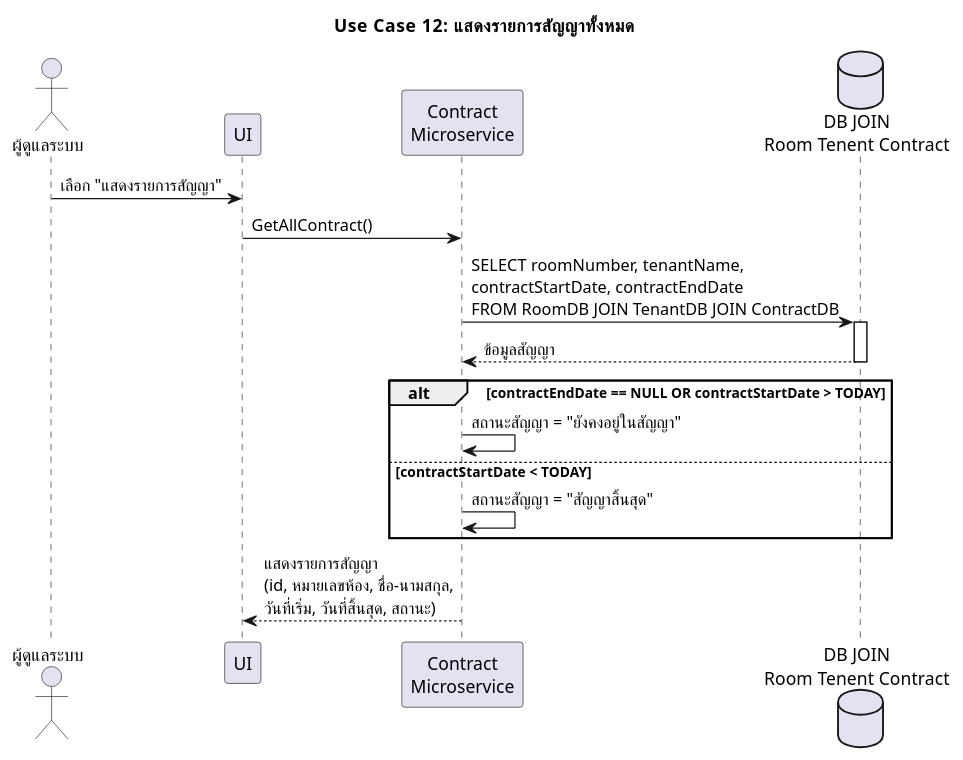
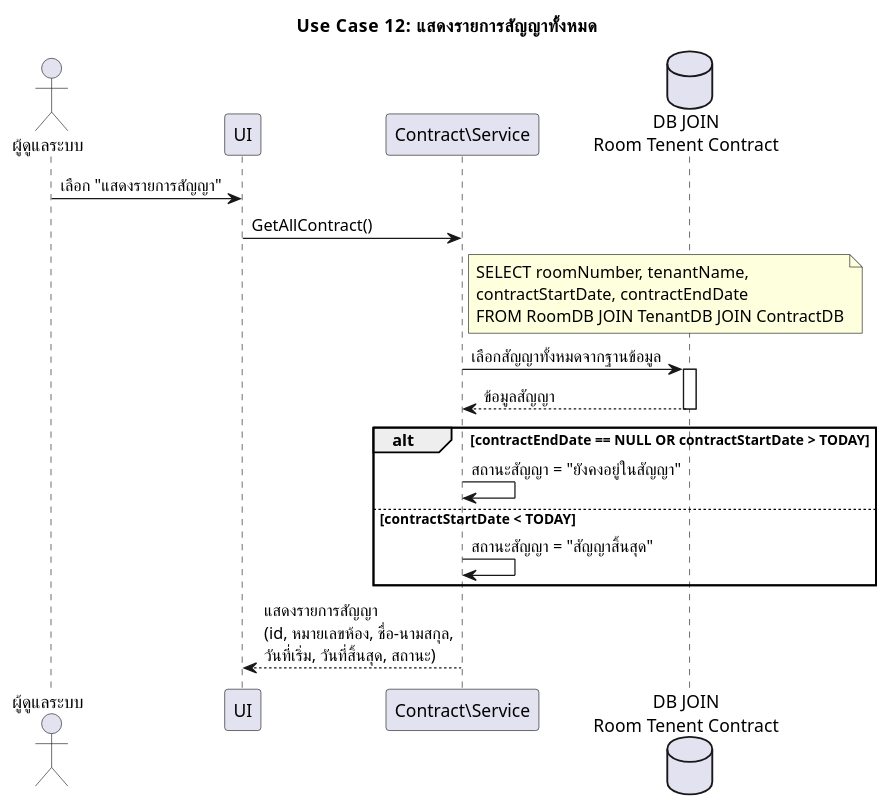
One commit to warinyang/UML-monthly-room-rent changed the diagram in usecase12_get_all_contract.plantuml. Above: the diagram before and after it, drawn with PlantUML. The commit also changed 15 other files, not shown here.

```diff
--- a/usecase12_get_all_contract.plantuml
+++ b/usecase12_get_all_contract.plantuml
@@ -1,26 +1,31 @@
 @startuml Use Case 12: แสดงรายการสัญญาทั้งหมด
 title Use Case 12: แสดงรายการสัญญาทั้งหมด
 skinparam defaultFontName "TH Sarabun New"
 
 actor "ผู้ดูแลระบบ" as Admin
 participant "UI" as UI
-participant "Contract\nMicroservice" as ConMS
+participant "Contract\Service" as ConMS
 database "DB JOIN\nRoom Tenent Contract" as joinDB
 
 Admin -> UI: เลือก "แสดงรายการสัญญา"
 UI -> ConMS: GetAllContract()
 
-ConMS -> joinDB: SELECT roomNumber, tenantName,\ncontractStartDate, contractEndDate\nFROM RoomDB JOIN TenantDB JOIN ContractDB
+note right of ConMS
+SELECT roomNumber, tenantName,
+contractStartDate, contractEndDate
+FROM RoomDB JOIN TenantDB JOIN ContractDB
+end note
+ConMS -> joinDB: เลือกสัญญาทั้งหมดจากฐานข้อมูล
 activate joinDB
 joinDB --> ConMS: ข้อมูลสัญญา
 deactivate joinDB
 
 alt contractEndDate == NULL OR contractStartDate > TODAY
     ConMS -> ConMS: สถานะสัญญา = "ยังคงอยู่ในสัญญา"
 else contractStartDate < TODAY
     ConMS -> ConMS: สถานะสัญญา = "สัญญาสิ้นสุด"
 end
 
 ConMS --> UI: แสดงรายการสัญญา\n(id, หมายเลขห้อง, ชื่อ-นามสกุล,\nวันที่เริ่ม, วันที่สิ้นสุด, สถานะ)
 
 @enduml
```
